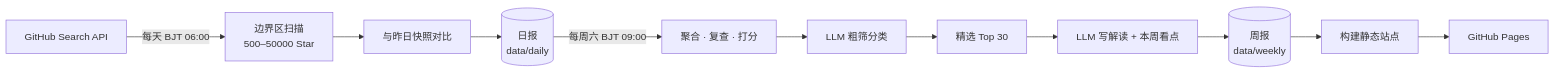
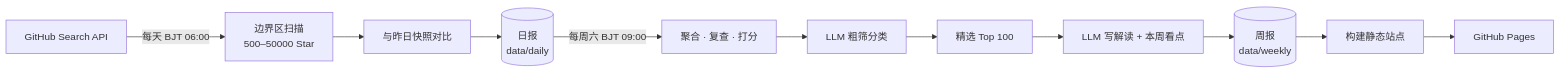
Before and after one commit to fhan235/github1K: the diagram in README.md, drawn with Mermaid. The commit also changed other lines of this file and 9 other files, not shown here.

````diff
--- a/README.md
+++ b/README.md
@@ -53,13 +53,13 @@
 ```mermaid
 flowchart LR
     A[GitHub Search API] -->|每天 BJT 06:00| B[边界区扫描<br/>500–50000 Star]
     B --> C[与昨日快照对比]
     C --> D[(日报<br/>data/daily)]
     D -->|每周六 BJT 09:00| E[聚合 · 复查 · 打分]
     E --> F[LLM 粗筛分类]
-    F --> G[精选 Top 30]
+    F --> G[精选 Top 100]
     G --> H[LLM 写解读 + 本周看点]
     H --> I[(周报<br/>data/weekly)]
     I --> J[构建静态站点]
     J --> K[GitHub Pages]
 ```
````
